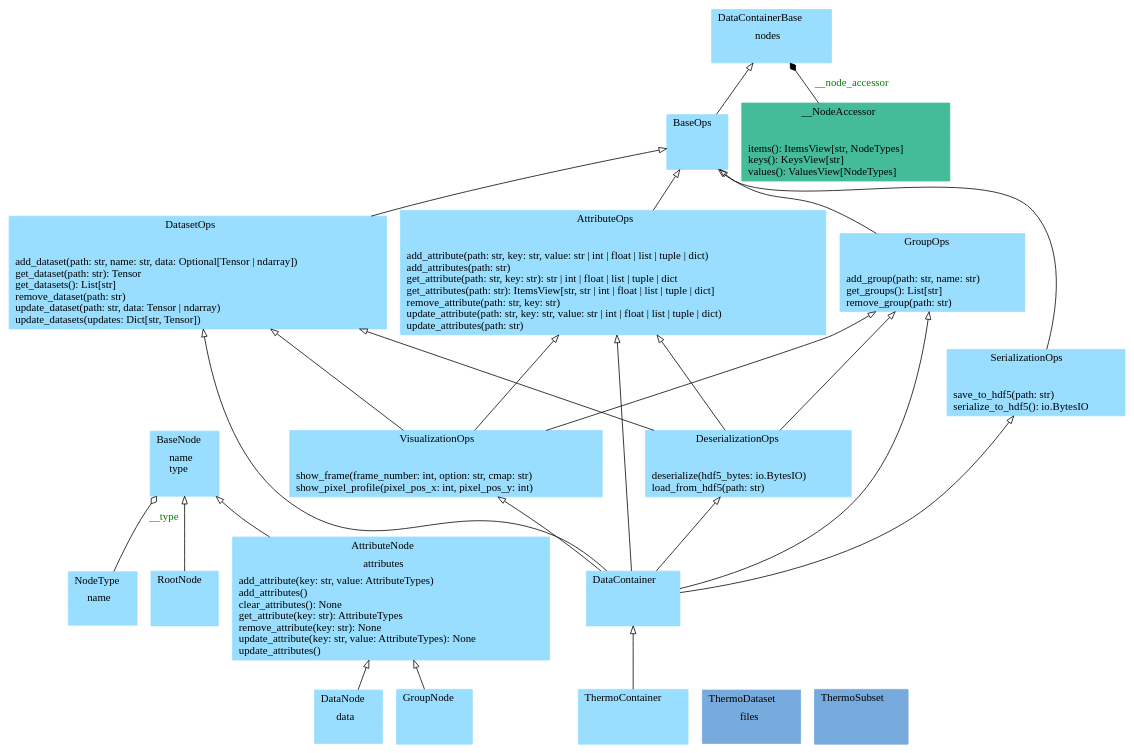
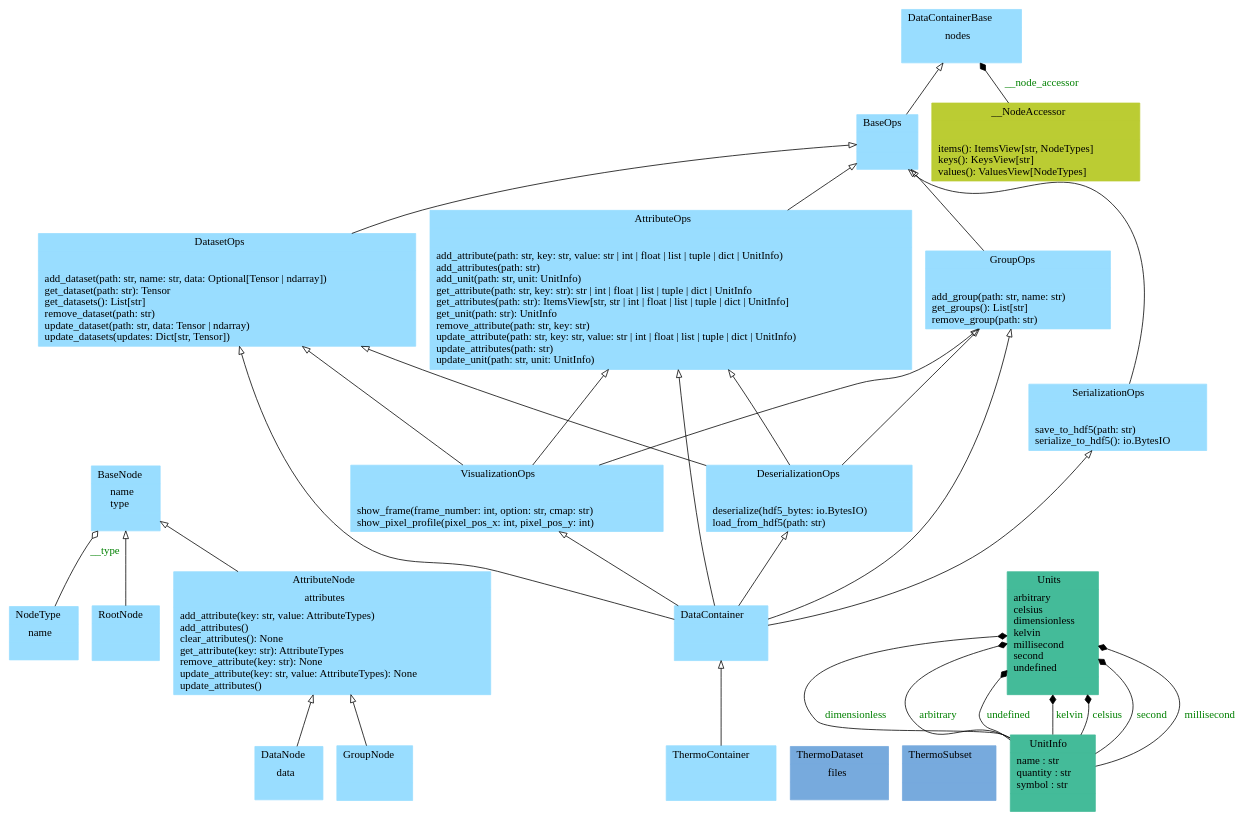
One commit to voidsy-gmbh/pyThermoNDT changed the diagram in docs/pyreverse/classes_pythermondt.data.gv. Above: the diagram before and after it, drawn with Graphviz. The commit also changed 9 other files, not shown here.

Commit message:
Update pyreverse diagrams

```diff
--- a/docs/pyreverse/classes_pythermondt.data.gv
+++ b/docs/pyreverse/classes_pythermondt.data.gv
@@ -1,47 +1,56 @@
 digraph "classes_pythermondt.data" {
 rankdir=BT
 charset="utf-8"
 "pythermondt.data.datacontainer.node.AttributeNode" [color="#99DDFF", fontcolor="black", label=<{AttributeNode|attributes<br ALIGN="LEFT"/>|add_attribute(key: str, value: AttributeTypes)<br ALIGN="LEFT"/>add_attributes()<br ALIGN="LEFT"/>clear_attributes(): None<br ALIGN="LEFT"/>get_attribute(key: str): AttributeTypes<br ALIGN="LEFT"/>remove_attribute(key: str): None<br ALIGN="LEFT"/>update_attribute(key: str, value: AttributeTypes): None<br ALIGN="LEFT"/>update_attributes()<br ALIGN="LEFT"/>}>, shape="record", style="filled"];
-"pythermondt.data.datacontainer.attribute_ops.AttributeOps" [color="#99DDFF", fontcolor="black", label=<{AttributeOps|<br ALIGN="LEFT"/>|add_attribute(path: str, key: str, value: str \| int \| float \| list \| tuple \| dict)<br ALIGN="LEFT"/>add_attributes(path: str)<br ALIGN="LEFT"/>get_attribute(path: str, key: str): str \| int \| float \| list \| tuple \| dict<br ALIGN="LEFT"/>get_attributes(path: str): ItemsView[str, str \| int \| float \| list \| tuple \| dict]<br ALIGN="LEFT"/>remove_attribute(path: str, key: str)<br ALIGN="LEFT"/>update_attribute(path: str, key: str, value: str \| int \| float \| list \| tuple \| dict)<br ALIGN="LEFT"/>update_attributes(path: str)<br ALIGN="LEFT"/>}>, shape="record", style="filled"];
+"pythermondt.data.datacontainer.attribute_ops.AttributeOps" [color="#99DDFF", fontcolor="black", label=<{AttributeOps|<br ALIGN="LEFT"/>|add_attribute(path: str, key: str, value: str \| int \| float \| list \| tuple \| dict \| UnitInfo)<br ALIGN="LEFT"/>add_attributes(path: str)<br ALIGN="LEFT"/>add_unit(path: str, unit: UnitInfo)<br ALIGN="LEFT"/>get_attribute(path: str, key: str): str \| int \| float \| list \| tuple \| dict \| UnitInfo<br ALIGN="LEFT"/>get_attributes(path: str): ItemsView[str, str \| int \| float \| list \| tuple \| dict \| UnitInfo]<br ALIGN="LEFT"/>get_unit(path: str): UnitInfo<br ALIGN="LEFT"/>remove_attribute(path: str, key: str)<br ALIGN="LEFT"/>update_attribute(path: str, key: str, value: str \| int \| float \| list \| tuple \| dict \| UnitInfo)<br ALIGN="LEFT"/>update_attributes(path: str)<br ALIGN="LEFT"/>update_unit(path: str, unit: UnitInfo)<br ALIGN="LEFT"/>}>, shape="record", style="filled"];
 "pythermondt.data.datacontainer.node.BaseNode" [color="#99DDFF", fontcolor="black", label=<{BaseNode|name<br ALIGN="LEFT"/>type<br ALIGN="LEFT"/>|}>, shape="record", style="filled"];
 "pythermondt.data.datacontainer.base.BaseOps" [color="#99DDFF", fontcolor="black", label=<{BaseOps|<br ALIGN="LEFT"/>|}>, shape="record", style="filled"];
 "pythermondt.data.datacontainer.core.DataContainer" [color="#99DDFF", fontcolor="black", label=<{DataContainer|<br ALIGN="LEFT"/>|}>, shape="record", style="filled"];
 "pythermondt.data.datacontainer.base.DataContainerBase" [color="#99DDFF", fontcolor="black", label=<{DataContainerBase|nodes<br ALIGN="LEFT"/>|}>, shape="record", style="filled"];
 "pythermondt.data.datacontainer.node.DataNode" [color="#99DDFF", fontcolor="black", label=<{DataNode|data<br ALIGN="LEFT"/>|}>, shape="record", style="filled"];
 "pythermondt.data.datacontainer.dataset_ops.DatasetOps" [color="#99DDFF", fontcolor="black", label=<{DatasetOps|<br ALIGN="LEFT"/>|add_dataset(path: str, name: str, data: Optional[Tensor \| ndarray])<br ALIGN="LEFT"/>get_dataset(path: str): Tensor<br ALIGN="LEFT"/>get_datasets(): List[str]<br ALIGN="LEFT"/>remove_dataset(path: str)<br ALIGN="LEFT"/>update_dataset(path: str, data: Tensor \| ndarray)<br ALIGN="LEFT"/>update_datasets(updates: Dict[str, Tensor])<br ALIGN="LEFT"/>}>, shape="record", style="filled"];
 "pythermondt.data.datacontainer.serialization_ops.DeserializationOps" [color="#99DDFF", fontcolor="black", label=<{DeserializationOps|<br ALIGN="LEFT"/>|deserialize(hdf5_bytes: io.BytesIO)<br ALIGN="LEFT"/>load_from_hdf5(path: str)<br ALIGN="LEFT"/>}>, shape="record", style="filled"];
 "pythermondt.data.datacontainer.node.GroupNode" [color="#99DDFF", fontcolor="black", label=<{GroupNode|<br ALIGN="LEFT"/>|}>, shape="record", style="filled"];
 "pythermondt.data.datacontainer.group_ops.GroupOps" [color="#99DDFF", fontcolor="black", label=<{GroupOps|<br ALIGN="LEFT"/>|add_group(path: str, name: str)<br ALIGN="LEFT"/>get_groups(): List[str]<br ALIGN="LEFT"/>remove_group(path: str)<br ALIGN="LEFT"/>}>, shape="record", style="filled"];
 "pythermondt.data.datacontainer.node.NodeType" [color="#99DDFF", fontcolor="black", label=<{NodeType|name<br ALIGN="LEFT"/>|}>, shape="record", style="filled"];
 "pythermondt.data.datacontainer.node.RootNode" [color="#99DDFF", fontcolor="black", label=<{RootNode|<br ALIGN="LEFT"/>|}>, shape="record", style="filled"];
 "pythermondt.data.datacontainer.serialization_ops.SerializationOps" [color="#99DDFF", fontcolor="black", label=<{SerializationOps|<br ALIGN="LEFT"/>|save_to_hdf5(path: str)<br ALIGN="LEFT"/>serialize_to_hdf5(): io.BytesIO<br ALIGN="LEFT"/>}>, shape="record", style="filled"];
 "pythermondt.data.datacontainer.core.ThermoContainer" [color="#99DDFF", fontcolor="black", label=<{ThermoContainer|<br ALIGN="LEFT"/>|}>, shape="record", style="filled"];
 "pythermondt.data.thermo_dataset.ThermoDataset" [color="#77AADD", fontcolor="black", label=<{ThermoDataset|files<br ALIGN="LEFT"/>|}>, shape="record", style="filled"];
 "pythermondt.data.thermo_subset.ThermoSubset" [color="#77AADD", fontcolor="black", label=<{ThermoSubset|<br ALIGN="LEFT"/>|}>, shape="record", style="filled"];
+"pythermondt.data.units.units.UnitInfo" [color="#44BB99", fontcolor="black", label=<{UnitInfo|name : str<br ALIGN="LEFT"/>quantity : str<br ALIGN="LEFT"/>symbol : str<br ALIGN="LEFT"/>|}>, shape="record", style="filled"];
+"pythermondt.data.units.units.Units" [color="#44BB99", fontcolor="black", label=<{Units|arbitrary<br ALIGN="LEFT"/>celsius<br ALIGN="LEFT"/>dimensionless<br ALIGN="LEFT"/>kelvin<br ALIGN="LEFT"/>millisecond<br ALIGN="LEFT"/>second<br ALIGN="LEFT"/>undefined<br ALIGN="LEFT"/>|}>, shape="record", style="filled"];
 "pythermondt.data.datacontainer.visualization_ops.VisualizationOps" [color="#99DDFF", fontcolor="black", label=<{VisualizationOps|<br ALIGN="LEFT"/>|show_frame(frame_number: int, option: str, cmap: str)<br ALIGN="LEFT"/>show_pixel_profile(pixel_pos_x: int, pixel_pos_y: int)<br ALIGN="LEFT"/>}>, shape="record", style="filled"];
-"pythermondt.data.datacontainer.base.DataContainerBase.__NodeAccessor" [color="#44BB99", fontcolor="black", label=<{__NodeAccessor|<br ALIGN="LEFT"/>|items(): ItemsView[str, NodeTypes]<br ALIGN="LEFT"/>keys(): KeysView[str]<br ALIGN="LEFT"/>values(): ValuesView[NodeTypes]<br ALIGN="LEFT"/>}>, shape="record", style="filled"];
+"pythermondt.data.datacontainer.base.DataContainerBase.__NodeAccessor" [color="#BBCC33", fontcolor="black", label=<{__NodeAccessor|<br ALIGN="LEFT"/>|items(): ItemsView[str, NodeTypes]<br ALIGN="LEFT"/>keys(): KeysView[str]<br ALIGN="LEFT"/>values(): ValuesView[NodeTypes]<br ALIGN="LEFT"/>}>, shape="record", style="filled"];
 "pythermondt.data.datacontainer.attribute_ops.AttributeOps" -> "pythermondt.data.datacontainer.base.BaseOps" [arrowhead="empty", arrowtail="none"];
 "pythermondt.data.datacontainer.base.BaseOps" -> "pythermondt.data.datacontainer.base.DataContainerBase" [arrowhead="empty", arrowtail="none"];
 "pythermondt.data.datacontainer.core.DataContainer" -> "pythermondt.data.datacontainer.attribute_ops.AttributeOps" [arrowhead="empty", arrowtail="none"];
 "pythermondt.data.datacontainer.core.DataContainer" -> "pythermondt.data.datacontainer.dataset_ops.DatasetOps" [arrowhead="empty", arrowtail="none"];
 "pythermondt.data.datacontainer.core.DataContainer" -> "pythermondt.data.datacontainer.group_ops.GroupOps" [arrowhead="empty", arrowtail="none"];
 "pythermondt.data.datacontainer.core.DataContainer" -> "pythermondt.data.datacontainer.serialization_ops.DeserializationOps" [arrowhead="empty", arrowtail="none"];
 "pythermondt.data.datacontainer.core.DataContainer" -> "pythermondt.data.datacontainer.serialization_ops.SerializationOps" [arrowhead="empty", arrowtail="none"];
 "pythermondt.data.datacontainer.core.DataContainer" -> "pythermondt.data.datacontainer.visualization_ops.VisualizationOps" [arrowhead="empty", arrowtail="none"];
 "pythermondt.data.datacontainer.core.ThermoContainer" -> "pythermondt.data.datacontainer.core.DataContainer" [arrowhead="empty", arrowtail="none"];
 "pythermondt.data.datacontainer.dataset_ops.DatasetOps" -> "pythermondt.data.datacontainer.base.BaseOps" [arrowhead="empty", arrowtail="none"];
 "pythermondt.data.datacontainer.group_ops.GroupOps" -> "pythermondt.data.datacontainer.base.BaseOps" [arrowhead="empty", arrowtail="none"];
 "pythermondt.data.datacontainer.node.AttributeNode" -> "pythermondt.data.datacontainer.node.BaseNode" [arrowhead="empty", arrowtail="none"];
 "pythermondt.data.datacontainer.node.DataNode" -> "pythermondt.data.datacontainer.node.AttributeNode" [arrowhead="empty", arrowtail="none"];
 "pythermondt.data.datacontainer.node.GroupNode" -> "pythermondt.data.datacontainer.node.AttributeNode" [arrowhead="empty", arrowtail="none"];
 "pythermondt.data.datacontainer.node.RootNode" -> "pythermondt.data.datacontainer.node.BaseNode" [arrowhead="empty", arrowtail="none"];
 "pythermondt.data.datacontainer.serialization_ops.DeserializationOps" -> "pythermondt.data.datacontainer.attribute_ops.AttributeOps" [arrowhead="empty", arrowtail="none"];
 "pythermondt.data.datacontainer.serialization_ops.DeserializationOps" -> "pythermondt.data.datacontainer.dataset_ops.DatasetOps" [arrowhead="empty", arrowtail="none"];
 "pythermondt.data.datacontainer.serialization_ops.DeserializationOps" -> "pythermondt.data.datacontainer.group_ops.GroupOps" [arrowhead="empty", arrowtail="none"];
 "pythermondt.data.datacontainer.serialization_ops.SerializationOps" -> "pythermondt.data.datacontainer.base.BaseOps" [arrowhead="empty", arrowtail="none"];
 "pythermondt.data.datacontainer.visualization_ops.VisualizationOps" -> "pythermondt.data.datacontainer.attribute_ops.AttributeOps" [arrowhead="empty", arrowtail="none"];
 "pythermondt.data.datacontainer.visualization_ops.VisualizationOps" -> "pythermondt.data.datacontainer.dataset_ops.DatasetOps" [arrowhead="empty", arrowtail="none"];
 "pythermondt.data.datacontainer.visualization_ops.VisualizationOps" -> "pythermondt.data.datacontainer.group_ops.GroupOps" [arrowhead="empty", arrowtail="none"];
 "pythermondt.data.datacontainer.base.DataContainerBase.__NodeAccessor" -> "pythermondt.data.datacontainer.base.DataContainerBase" [arrowhead="diamond", arrowtail="none", fontcolor="green", label="__node_accessor", style="solid"];
+"pythermondt.data.units.units.UnitInfo" -> "pythermondt.data.units.units.Units" [arrowhead="diamond", arrowtail="none", fontcolor="green", label="dimensionless", style="solid"];
+"pythermondt.data.units.units.UnitInfo" -> "pythermondt.data.units.units.Units" [arrowhead="diamond", arrowtail="none", fontcolor="green", label="arbitrary", style="solid"];
+"pythermondt.data.units.units.UnitInfo" -> "pythermondt.data.units.units.Units" [arrowhead="diamond", arrowtail="none", fontcolor="green", label="undefined", style="solid"];
+"pythermondt.data.units.units.UnitInfo" -> "pythermondt.data.units.units.Units" [arrowhead="diamond", arrowtail="none", fontcolor="green", label="kelvin", style="solid"];
+"pythermondt.data.units.units.UnitInfo" -> "pythermondt.data.units.units.Units" [arrowhead="diamond", arrowtail="none", fontcolor="green", label="celsius", style="solid"];
+"pythermondt.data.units.units.UnitInfo" -> "pythermondt.data.units.units.Units" [arrowhead="diamond", arrowtail="none", fontcolor="green", label="second", style="solid"];
+"pythermondt.data.units.units.UnitInfo" -> "pythermondt.data.units.units.Units" [arrowhead="diamond", arrowtail="none", fontcolor="green", label="millisecond", style="solid"];
 "pythermondt.data.datacontainer.node.NodeType" -> "pythermondt.data.datacontainer.node.BaseNode" [arrowhead="odiamond", arrowtail="none", fontcolor="green", label="__type", style="solid"];
 }
```
